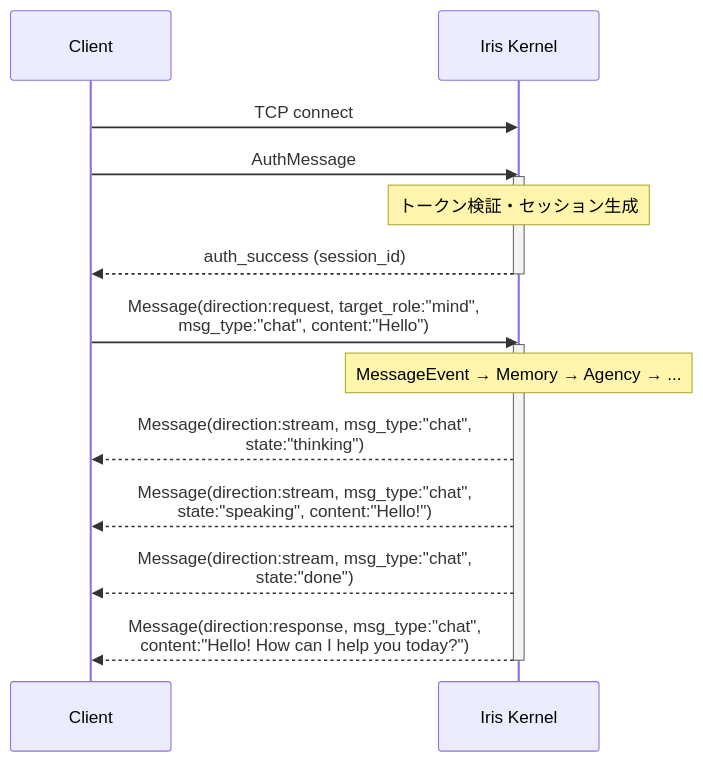
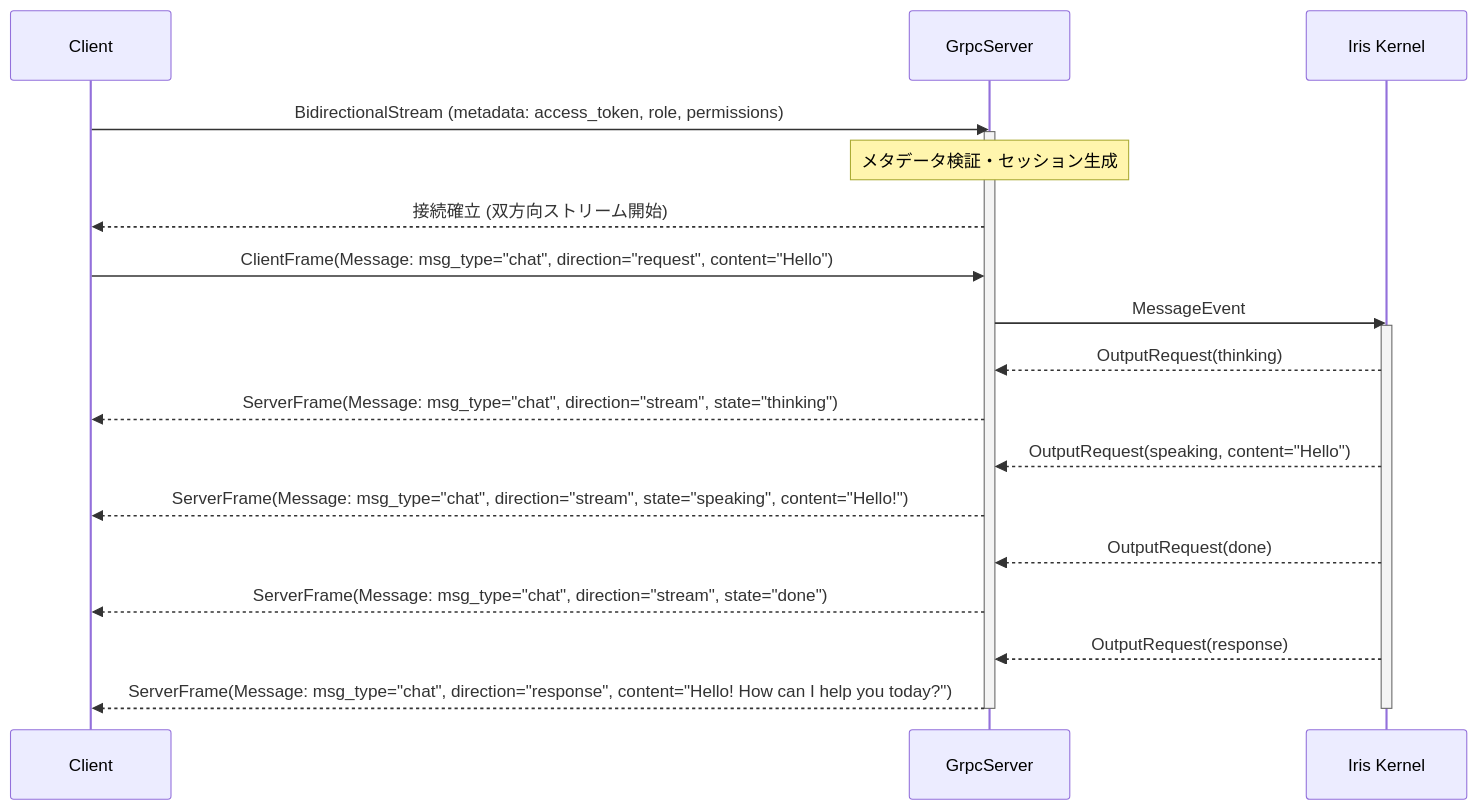
One commit to ibukani/iris-mind changed the first of 2 diagrams in docs/ipc-spec.md. Above: the diagram before and after it, drawn with Mermaid. The commit also changed other lines of this file and 31 other files, not shown here.

````diff
--- a/docs/ipc-spec.md
+++ b/docs/ipc-spec.md
@@ -248,20 +144,25 @@
 ```mermaid
 sequenceDiagram
     participant Client
+    participant Server as GrpcServer
     participant Kernel as Iris Kernel
 
-    Client->>Kernel: TCP connect
-    Client->>Kernel: AuthMessage
+    Client->>Server: BidirectionalStream (metadata: access_token, role, permissions)
+    activate Server
+    Note over Server: メタデータ検証・セッション生成
+    Server-->>Client: 接続確立 (双方向ストリーム開始)
+
+    Client->>Server: ClientFrame(Message: msg_type="chat", direction="request", content="Hello")
+    Server->>Kernel: MessageEvent
     activate Kernel
-    Note over Kernel: トークン検証・セッション生成
-    Kernel-->>Client: auth_success (session_id)
+    Kernel-->>Server: OutputRequest(thinking)
+    Server-->>Client: ServerFrame(Message: msg_type="chat", direction="stream", state="thinking")
+    Kernel-->>Server: OutputRequest(speaking, content="Hello")
+    Server-->>Client: ServerFrame(Message: msg_type="chat", direction="stream", state="speaking", content="Hello!")
+    Kernel-->>Server: OutputRequest(done)
+    Server-->>Client: ServerFrame(Message: msg_type="chat", direction="stream", state="done")
+    Kernel-->>Server: OutputRequest(response)
+    Server-->>Client: ServerFrame(Message: msg_type="chat", direction="response", content="Hello! How can I help you today?")
     deactivate Kernel
-    Client->>Kernel: Message(direction:request, target_role:"mind",<br/>msg_type:"chat", content:"Hello")
-    activate Kernel
-    Note over Kernel: MessageEvent → Memory → Agency → ...
-    Kernel-->>Client: Message(direction:stream, msg_type:"chat",<br/>state:"thinking")
-    Kernel-->>Client: Message(direction:stream, msg_type:"chat",<br/>state:"speaking", content:"Hello!")
-    Kernel-->>Client: Message(direction:stream, msg_type:"chat",<br/>state:"done")
-    Kernel-->>Client: Message(direction:response, msg_type:"chat",<br/>content:"Hello! How can I help you today?")
-    deactivate Kernel
+    deactivate Server
 ```
````
